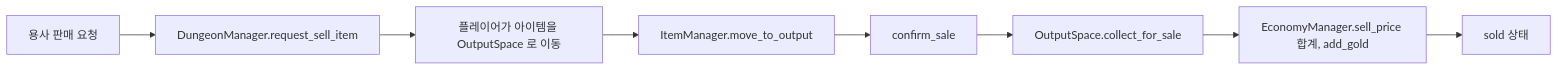
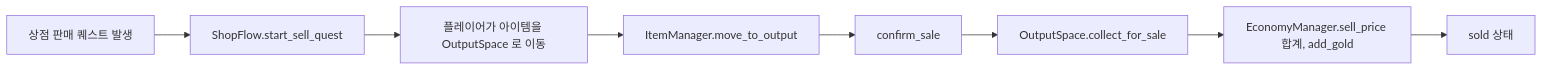
One commit to JaeyoungMyo/TheBetweenkeeper changed the second of 3 diagrams in aidlc-docs/inception/application-design/component-dependency.md. Above: the diagram before and after it, drawn with Mermaid. The commit also changed 17 other files, not shown here.

````diff
--- a/aidlc-docs/inception/application-design/component-dependency.md
+++ b/aidlc-docs/inception/application-design/component-dependency.md
@@ -63,10 +63,10 @@
 ```mermaid
 flowchart LR
-    U[용사 판매 요청] --> D[DungeonManager.request_sell_item]
+    U[상점 판매 퀘스트 발생] --> D[ShopFlow.start_sell_quest]
     D --> P[플레이어가 아이템을 OutputSpace 로 이동]
     P --> I[ItemManager.move_to_output]
     I --> C[confirm_sale]
     C --> O[OutputSpace.collect_for_sale]
     O --> E[EconomyManager.sell_price 합계, add_gold]
     E --> S[sold 상태]
 ```
````
